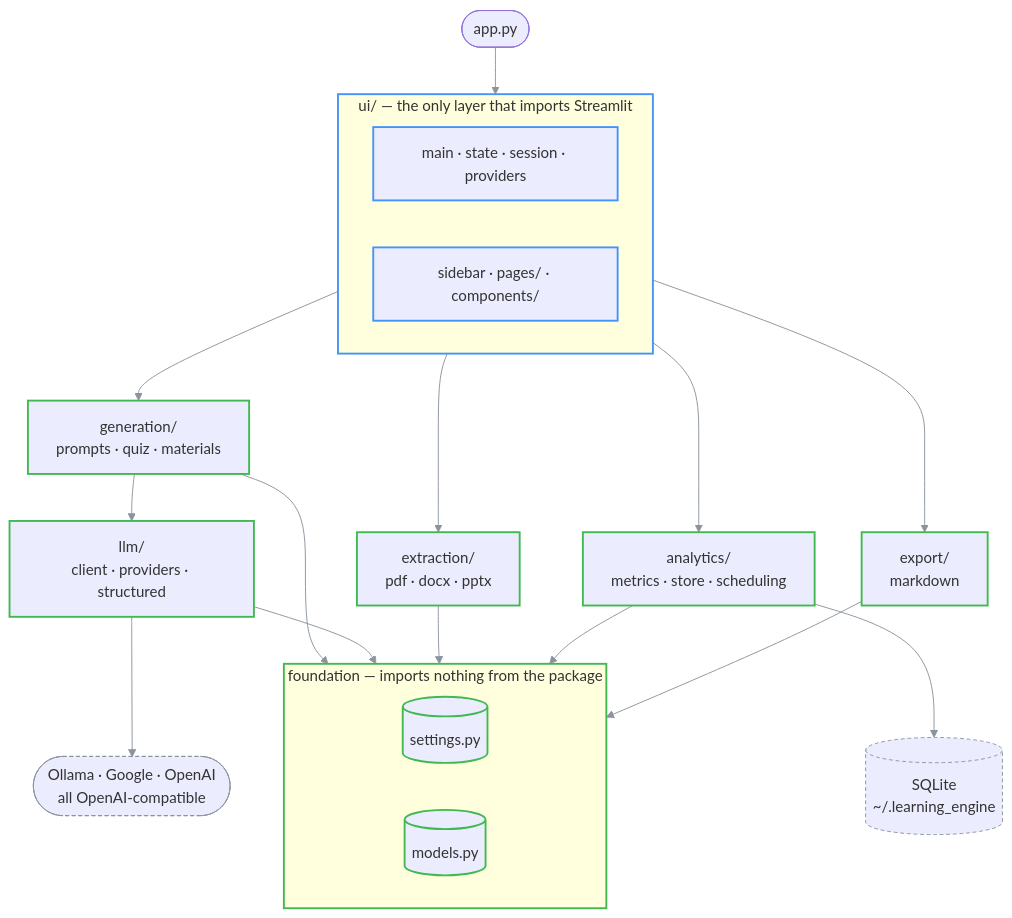
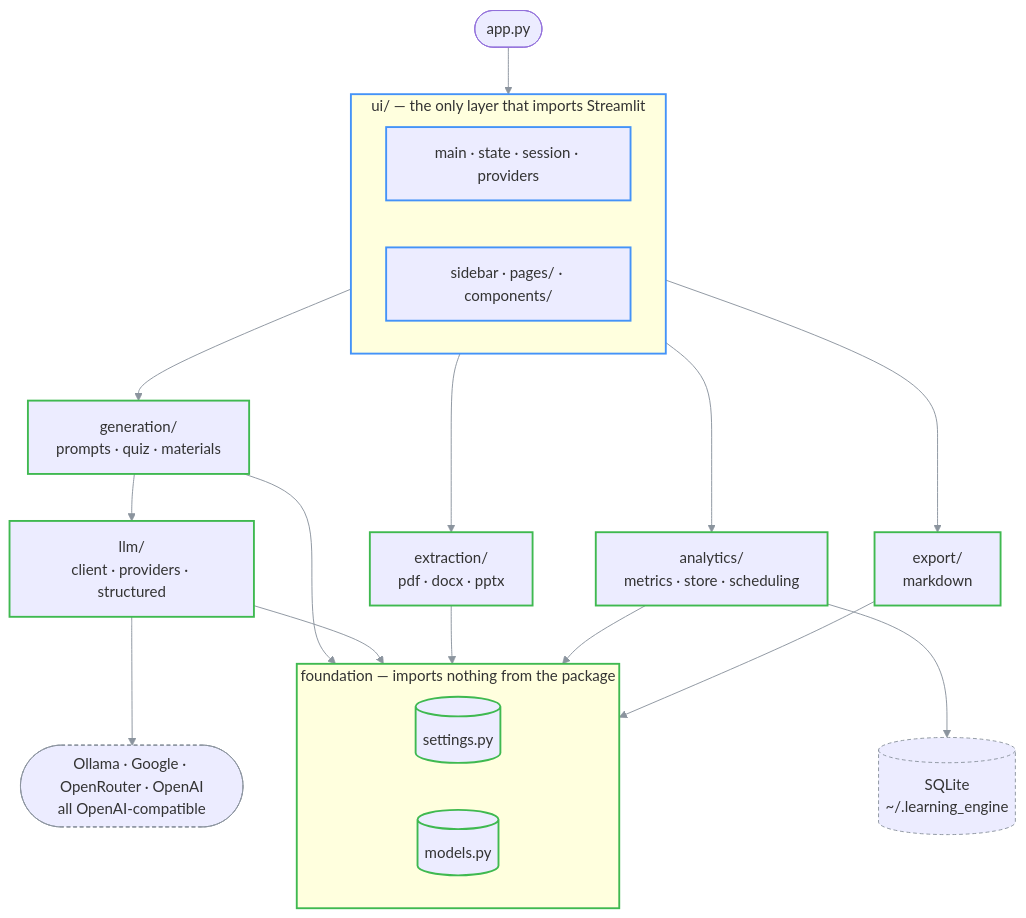
The first of 2 diagrams in README.md (EzzoHamdan/AI-Learning-Engine), drawn with Mermaid before and after one commit. The commit also changed other lines of this file, not shown here.

First line of the commit message:
docs: sync README with the OpenRouter provider and the free-tier routes

````diff
--- a/README.md
+++ b/README.md
@@ -142,38 +186,38 @@
 ```mermaid
 %%{init: {'themeVariables': {'fontFamily': 'ui-monospace, SFMono-Regular, Menlo, monospace', 'lineColor': '#8b949e'}}}%%
 flowchart TD
     APP([app.py]) --> UI
 
     subgraph UI["ui/ — the only layer that imports Streamlit"]
         MAIN[main · state · session · providers]
         PAGES[sidebar · pages/ · components/]
     end
 
     UI --> GEN[generation/<br/>prompts · quiz · materials]
     UI --> ANA[analytics/<br/>metrics · store · scheduling]
     UI --> EXP[export/<br/>markdown]
     UI --> EXT[extraction/<br/>pdf · docx · pptx]
 
     GEN --> LLM[llm/<br/>client · providers · structured]
 
     GEN --> BASE
     LLM --> BASE
     EXT --> BASE
     ANA --> BASE
     EXP --> BASE
 
     subgraph BASE["foundation — imports nothing from the package"]
         SET[(settings.py)]
         MOD[(models.py)]
     end
 
     ANA --> DB[(SQLite<br/>~/.learning_engine)]
-    LLM --> PROV([Ollama · Google · OpenAI<br/>all OpenAI-compatible])
+    LLM --> PROV([Ollama · Google · OpenRouter · OpenAI<br/>all OpenAI-compatible])
 
     classDef ui stroke:#4493f8,stroke-width:2px
     classDef pure stroke:#3fb950,stroke-width:2px
     classDef ext stroke:#8b949e,stroke-dasharray:4 3
     class UI,MAIN,PAGES ui
     class GEN,ANA,LLM,EXT,EXP,BASE,SET,MOD pure
     class PROV,DB ext
 ```
````
